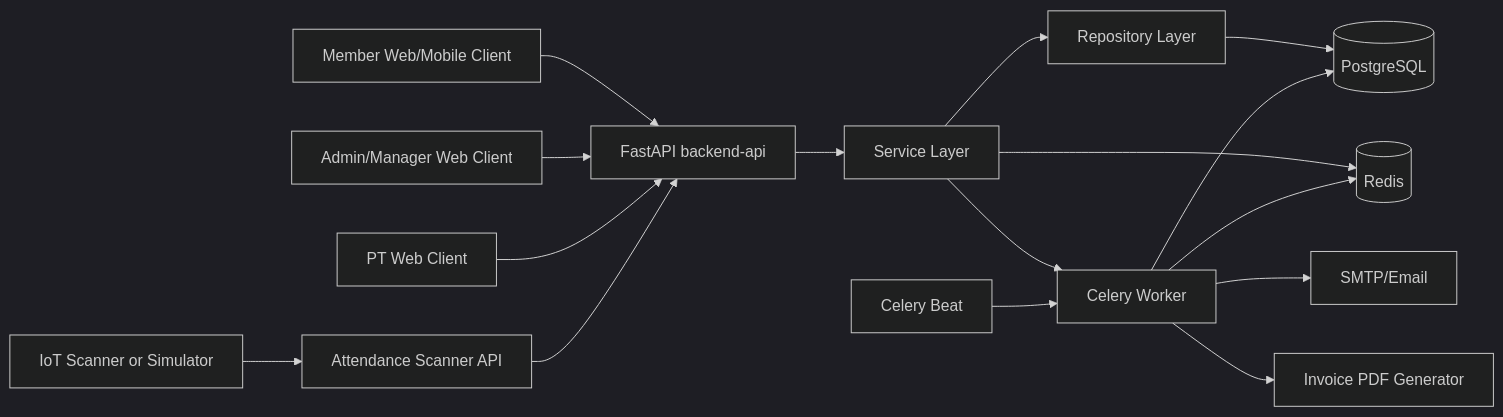
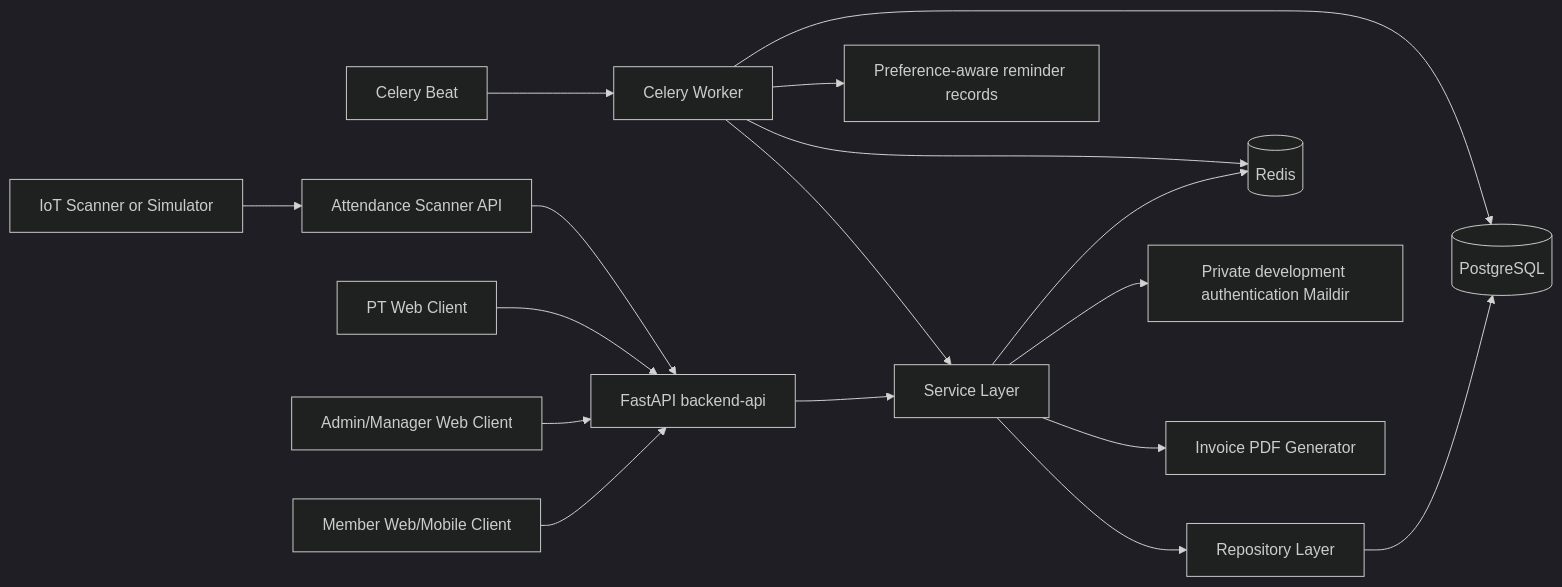
The diagram in docs/diagrams/architecture.mmd (Nguyen-Khoa21/YPGym), drawn with Mermaid (dark theme) before and after one commit. The commit also changed other lines of this file and 31 other files, not shown here.

```diff
--- a/docs/diagrams/architecture.mmd
+++ b/docs/diagrams/architecture.mmd
@@ -1,17 +1,18 @@
 flowchart LR
   member["Member Web/Mobile Client"] --> api["FastAPI backend-api"]
   admin["Admin/Manager Web Client"] --> api
   pt["PT Web Client"] --> api
   scanner["IoT Scanner or Simulator"] --> scan["Attendance Scanner API"]
   scan --> api
 
   api --> services["Service Layer"]
   services --> repos["Repository Layer"]
   repos --> postgres[("PostgreSQL")]
   services --> redis[("Redis")]
-  services --> worker["Celery Worker"]
+  worker["Celery Worker"] --> services
   beat["Celery Beat"] --> worker
   worker --> postgres
   worker --> redis
-  worker --> email["SMTP/Email"]
-  worker --> invoices["Invoice PDF Generator"]
+  worker --> reminders["Preference-aware reminder records"]
+  services --> email["Private development authentication Maildir"]
+  services --> invoices["Invoice PDF Generator"]
```
